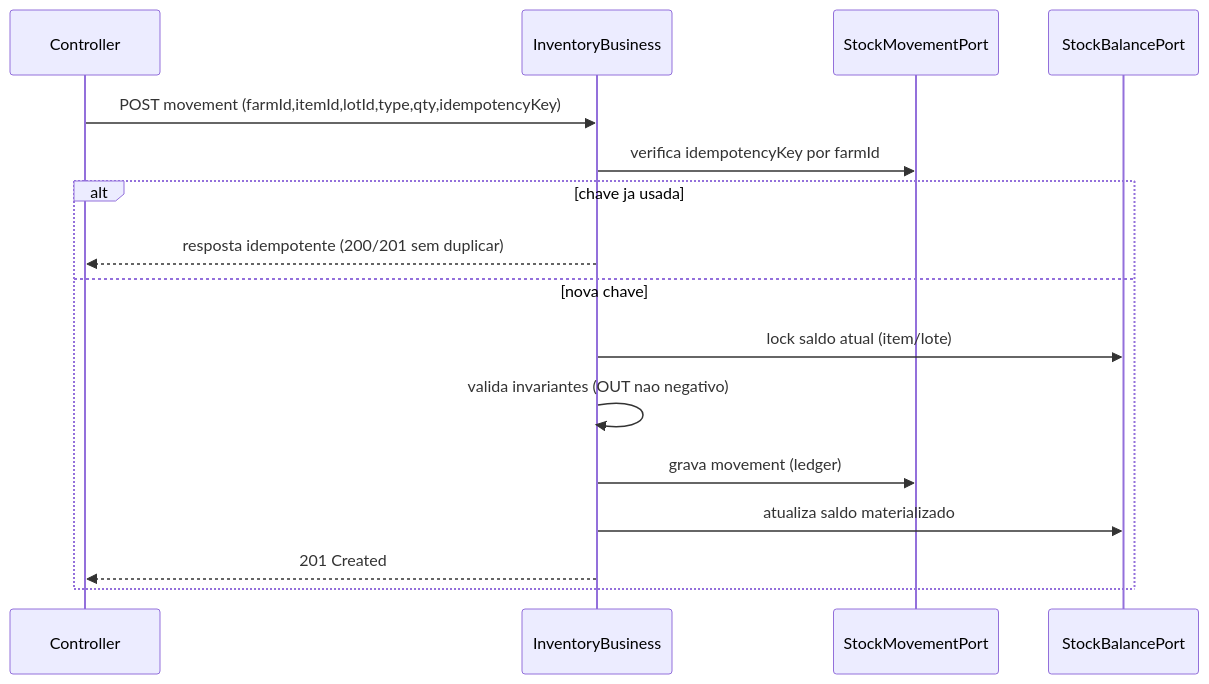
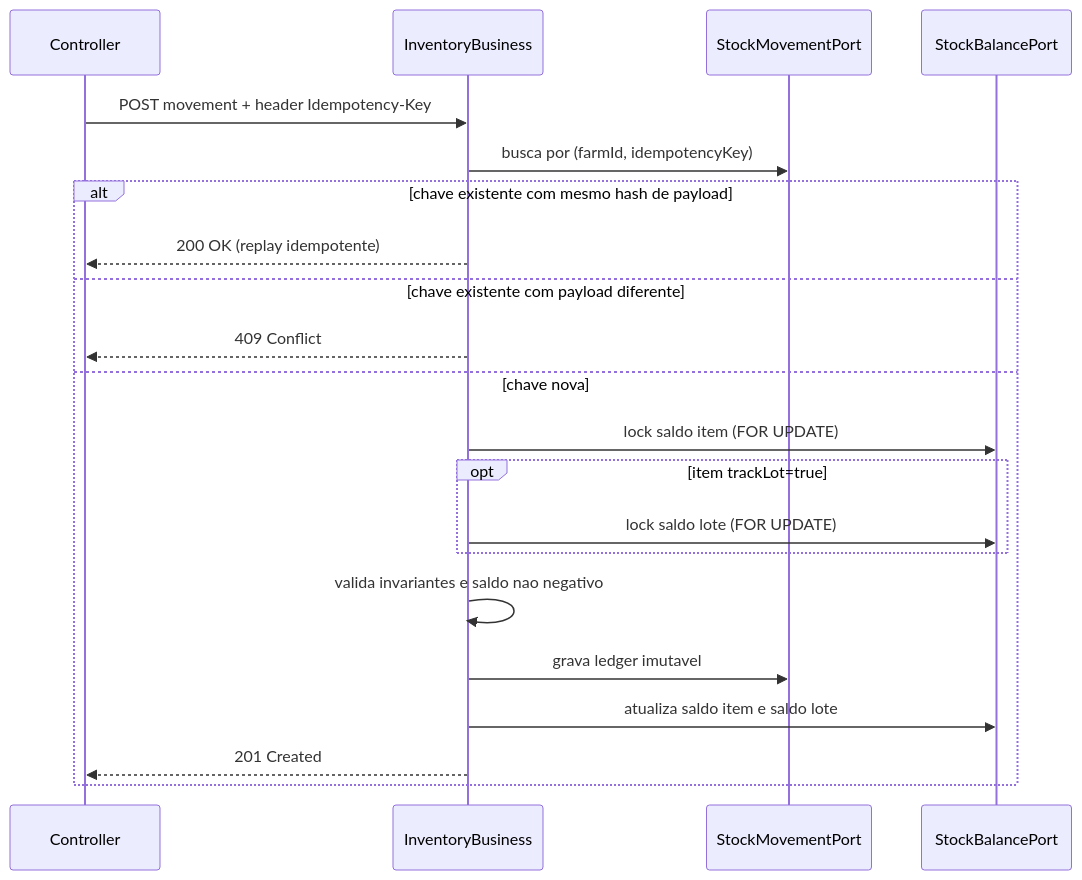
One commit to AlbertoVilar/caprigestor-backend changed the second of 3 diagrams in docs/02-modules/INVENTORY_MODULE.md. Above: the diagram before and after it, drawn with Mermaid. The commit also changed other lines of this file and 2 other files, not shown here.

````diff
--- a/docs/02-modules/INVENTORY_MODULE.md
+++ b/docs/02-modules/INVENTORY_MODULE.md
@@ -114,19 +136,24 @@
 ```mermaid
 sequenceDiagram
     participant C as Controller
     participant B as InventoryBusiness
-    participant L as StockMovementPort
-    participant S as StockBalancePort
+    participant M as StockMovementPort
+    participant SB as StockBalancePort
 
-    C->>B: POST movement (farmId,itemId,lotId,type,qty,idempotencyKey)
-    B->>L: verifica idempotencyKey por farmId
-    alt chave ja usada
-        B-->>C: resposta idempotente (200/201 sem duplicar)
-    else nova chave
-        B->>S: lock saldo atual (item/lote)
-        B->>B: valida invariantes (OUT nao negativo)
-        B->>L: grava movement (ledger)
-        B->>S: atualiza saldo materializado
+    C->>B: POST movement + header Idempotency-Key
+    B->>M: busca por (farmId, idempotencyKey)
+    alt chave existente com mesmo hash de payload
+        B-->>C: 200 OK (replay idempotente)
+    else chave existente com payload diferente
+        B-->>C: 409 Conflict
+    else chave nova
+        B->>SB: lock saldo item (FOR UPDATE)
+        opt item trackLot=true
+            B->>SB: lock saldo lote (FOR UPDATE)
+        end
+        B->>B: valida invariantes e saldo nao negativo
+        B->>M: grava ledger imutavel
+        B->>SB: atualiza saldo item e saldo lote
         B-->>C: 201 Created
     end
 ```
````
